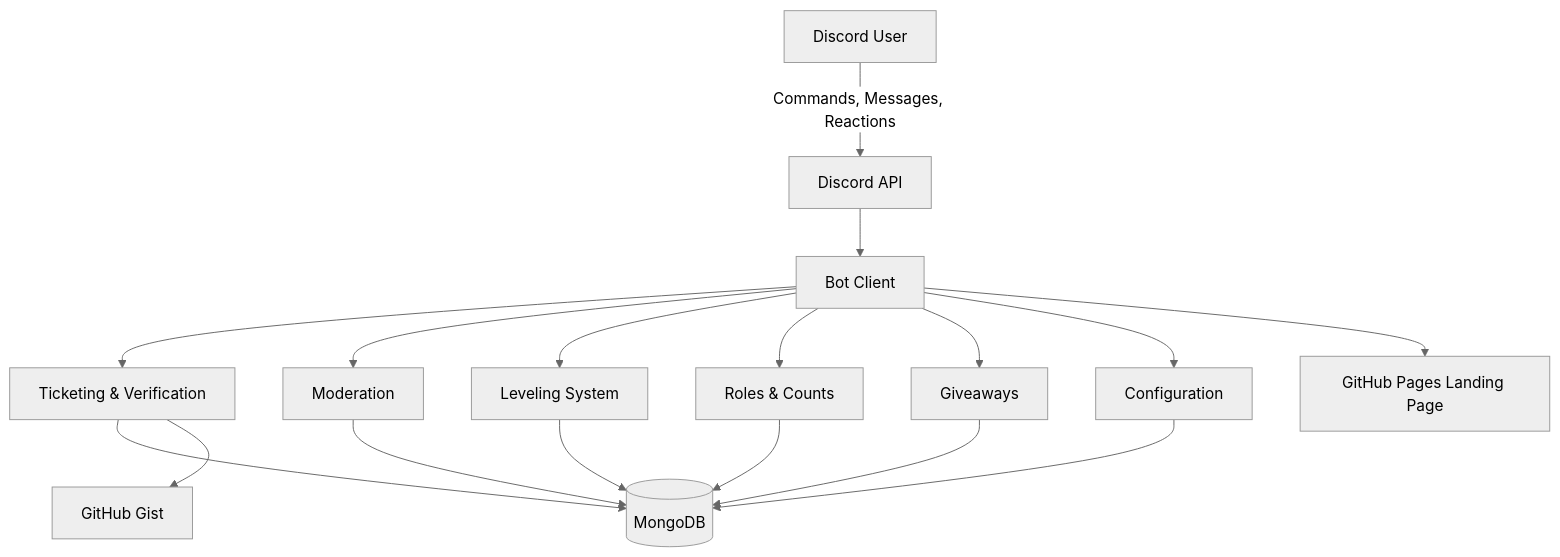
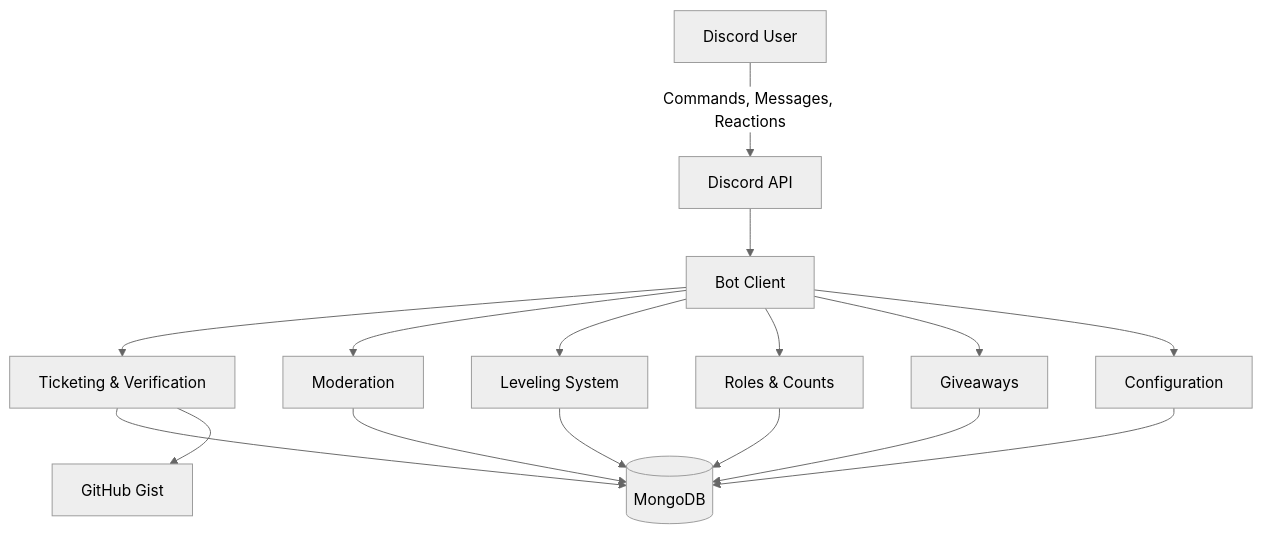
Before and after one commit to rushinski/Discord-Bot-Unity: the first of 8 diagrams in ARCHITECTURE.md, drawn with Mermaid (neutral theme).

Commit message:
flowchart tweak

````diff
--- a/ARCHITECTURE.md
+++ b/ARCHITECTURE.md
@@ -11,23 +11,21 @@
 ```mermaid
 flowchart TD
     U[Discord User] -->|Commands, Messages, Reactions| D[Discord API]
     D --> B[Bot Client]
 
     B --> T[Ticketing & Verification]
     B --> M[Moderation]
     B --> L[Leveling System]
     B --> R[Roles & Counts]
     B --> G[Giveaways]
     B --> C[Configuration]
 
     T --> DB[(MongoDB)]
     M --> DB
     L --> DB
     R --> DB
     G --> DB
     C --> DB
 
     T --> GIST[GitHub Gist]
-
-    B --> P[GitHub Pages Landing Page]
 ```
````
